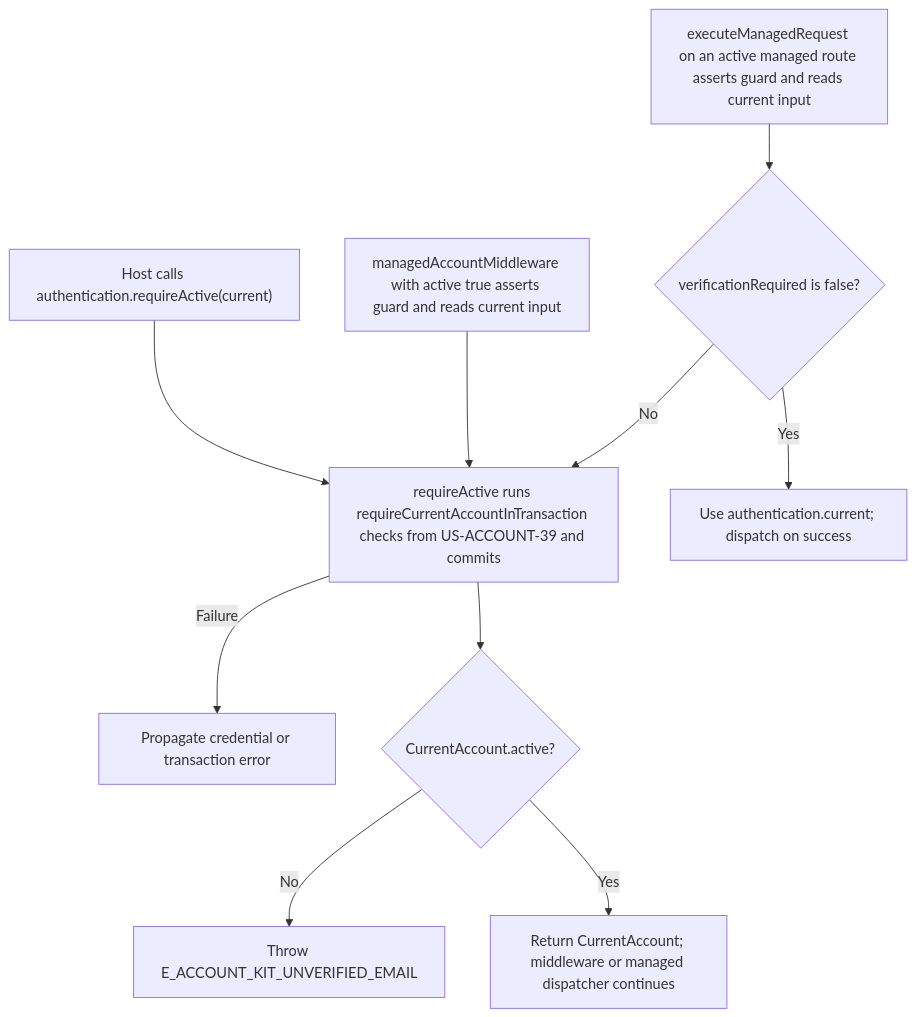
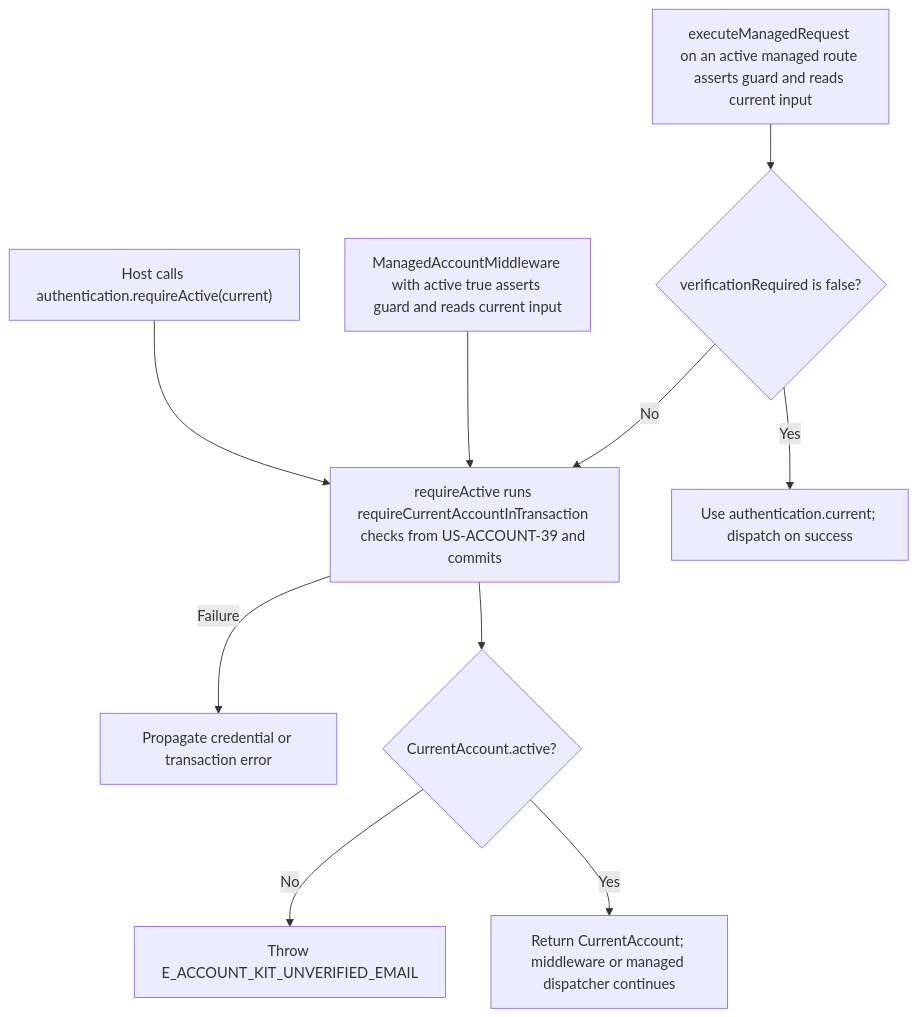
One commit to Kevinjohn/oss-adonisjs-account-kit changed the second of 2 diagrams in user-stories/US-ACCOUNT-40-require-active-account.md. Above: the diagram before and after it, drawn with Mermaid. The commit also changed other lines of this file and 570 other files, not shown here.

````diff
--- a/user-stories/US-ACCOUNT-40-require-active-account.md
+++ b/user-stories/US-ACCOUNT-40-require-active-account.md
@@ -32,12 +32,12 @@
 ```mermaid
 flowchart TD
  H["Host calls authentication.requireActive(current)"] --> A
- M["managedAccountMiddleware with active true asserts guard and reads current input"] --> A
+ M["ManagedAccountMiddleware with active true asserts guard and reads current input"] --> A
  N["executeManagedRequest on an active managed route asserts guard and reads current input"] --> O{"verificationRequired is false?"}
  O -->|Yes| P["Use authentication.current; dispatch on success"]
  O -->|No| A["requireActive runs requireCurrentAccountInTransaction checks from US-ACCOUNT-39 and commits"]
  A -->|Failure| D["Propagate credential or transaction error"]
  A --> E{"CurrentAccount.active?"}
  E -->|No| F["Throw E_ACCOUNT_KIT_UNVERIFIED_EMAIL"]
  E -->|Yes| G["Return CurrentAccount; middleware or managed dispatcher continues"]
 ```
````
